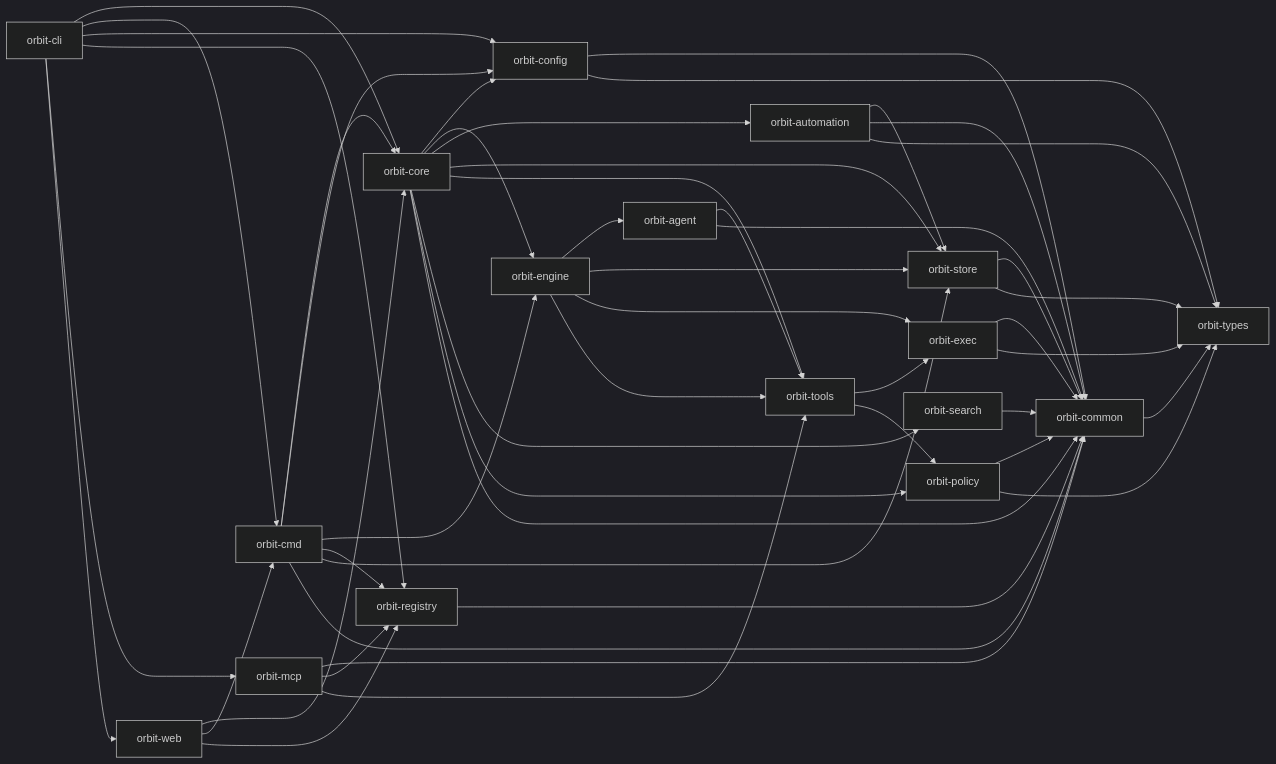
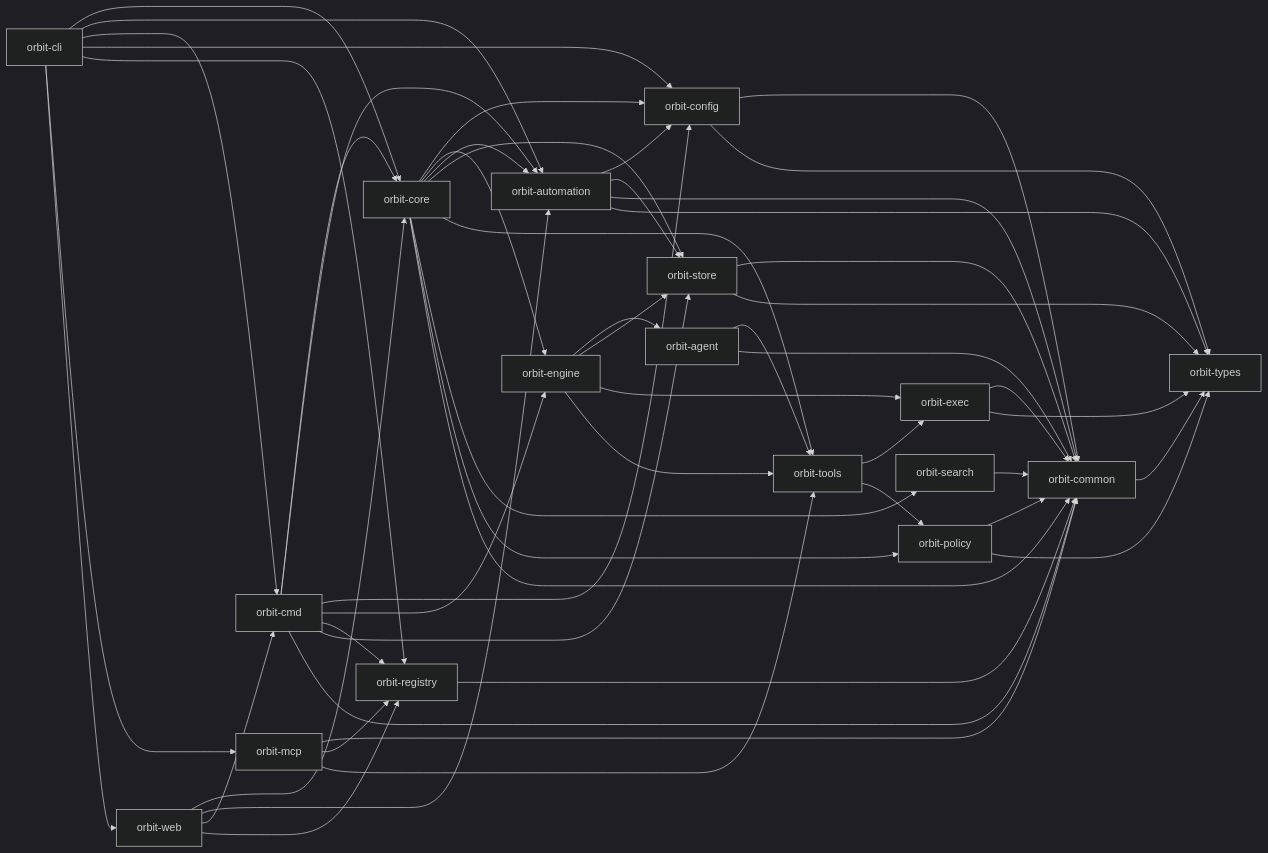
One commit to constellation-works/orbit changed the first of 2 diagrams in ARCHITECTURE.md. Above: the diagram before and after it, drawn with Mermaid (dark theme). The commit also changed other lines of this file and 154 other files, not shown here.

````diff
--- a/ARCHITECTURE.md
+++ b/ARCHITECTURE.md
@@ -5,51 +5,55 @@
 ```mermaid
 flowchart LR
   CLI["orbit-cli"] --> Core["orbit-core"]
+  CLI --> Automation
   CLI --> Cmd["orbit-cmd"]
   CLI --> Config["orbit-config"]
   CLI --> Registry["orbit-registry"]
   CLI --> MCP["orbit-mcp"]
   CLI --> Web["orbit-web"]
   Cmd --> Core
+  Cmd --> Automation
   Cmd --> Config
   Cmd --> Engine
   Cmd --> Registry
   Cmd --> Store
   Core --> Config
   Core --> Engine["orbit-engine"]
   Core --> Automation["orbit-automation"]
+  Automation --> Config
   Automation --> Store
   Automation --> Common
   Automation --> Types
   Core --> Store["orbit-store"]
   Core --> Tools["orbit-tools"]
   Core --> Search["orbit-search"]
   Core --> Policy["orbit-policy"]
   Engine --> Agent["orbit-agent"]
   Engine --> Store
   Engine --> Exec["orbit-exec"]
   Engine --> Tools
   Agent --> Tools
   Tools --> Exec["orbit-exec"]
   Tools --> Policy
   Exec --> Common["orbit-common"]
   Policy --> Common
   Store --> Common
   Agent --> Common
   Search --> Common
   MCP --> Common
   MCP --> Registry
   MCP --> Tools
   Registry --> Common
   Web --> Core
+  Web --> Automation
   Web --> Cmd
   Web --> Registry
   Cmd --> Common
   Core --> Common
   Config --> Common
   Config --> Types
   Common --> Types["orbit-types"]
   Exec --> Types
   Policy --> Types
   Store --> Types
 ```
````
